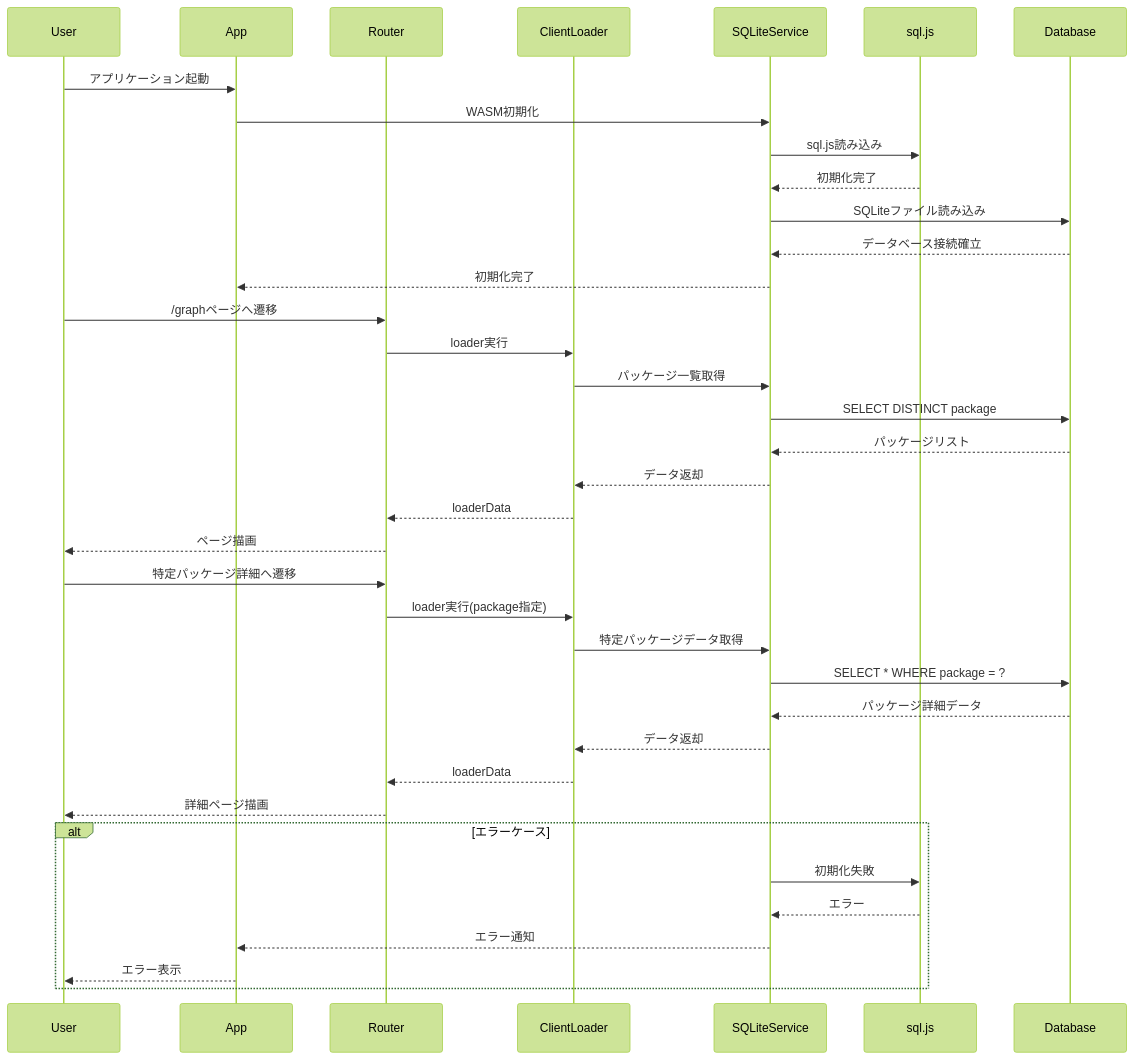
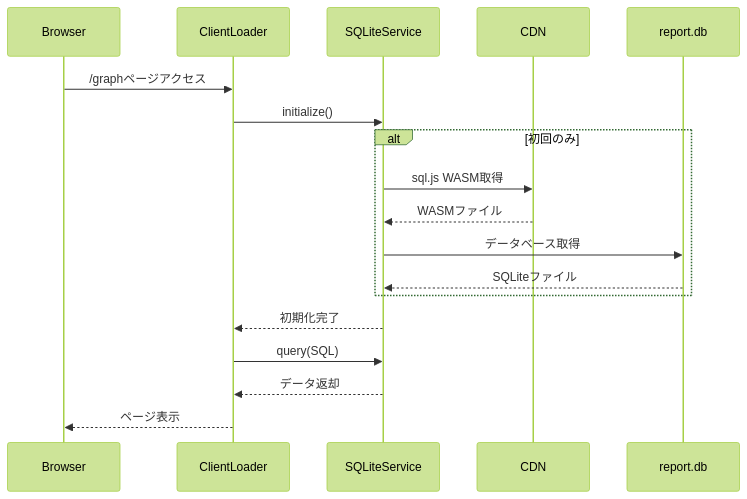
One commit to ToyB0x/ts-bench changed the second of 2 diagrams in tickets/2025-01-15/01-wasm/design.md. Above: the diagram before and after it, drawn with Mermaid (forest theme). The commit also changed other lines of this file, not shown here.

Commit message:
feat: implement SQLiteService for WASM integration and update routing to clientLoader

````diff
--- a/tickets/2025-01-15/01-wasm/design.md
+++ b/tickets/2025-01-15/01-wasm/design.md
@@ -74,43 +72,23 @@
 ```mermaid
 sequenceDiagram
-    participant User
-    participant App
-    participant Router
+    participant Browser
     participant ClientLoader
     participant SQLiteService
-    participant sql.js
-    participant Database
+    participant CDN
+    participant report.db
     
-    User->>App: アプリケーション起動
-    App->>SQLiteService: WASM初期化
-    SQLiteService->>sql.js: sql.js読み込み
-    sql.js-->>SQLiteService: 初期化完了
-    SQLiteService->>Database: SQLiteファイル読み込み
-    Database-->>SQLiteService: データベース接続確立
-    SQLiteService-->>App: 初期化完了
+    Browser->>ClientLoader: /graphページアクセス
+    ClientLoader->>SQLiteService: initialize()
     
-    User->>Router: /graphページへ遷移
-    Router->>ClientLoader: loader実行
-    ClientLoader->>SQLiteService: パッケージ一覧取得
-    SQLiteService->>Database: SELECT DISTINCT package
-    Database-->>SQLiteService: パッケージリスト
+    alt 初回のみ
+        SQLiteService->>CDN: sql.js WASM取得
+        CDN-->>SQLiteService: WASMファイル
+        SQLiteService->>report.db: データベース取得
+        report.db-->>SQLiteService: SQLiteファイル
+    end
+    
+    SQLiteService-->>ClientLoader: 初期化完了
+    ClientLoader->>SQLiteService: query(SQL)
     SQLiteService-->>ClientLoader: データ返却
-    ClientLoader-->>Router: loaderData
-    Router-->>User: ページ描画
-    
-    User->>Router: 特定パッケージ詳細へ遷移
-    Router->>ClientLoader: loader実行(package指定)
-    ClientLoader->>SQLiteService: 特定パッケージデータ取得
-    SQLiteService->>Database: SELECT * WHERE package = ?
-    Database-->>SQLiteService: パッケージ詳細データ
-    SQLiteService-->>ClientLoader: データ返却
-    ClientLoader-->>Router: loaderData
-    Router-->>User: 詳細ページ描画
-    
-    alt エラーケース
-        SQLiteService->>sql.js: 初期化失敗
-        sql.js-->>SQLiteService: エラー
-        SQLiteService-->>App: エラー通知
-        App-->>User: エラー表示
-    end
+    ClientLoader-->>Browser: ページ表示
 ```
````
